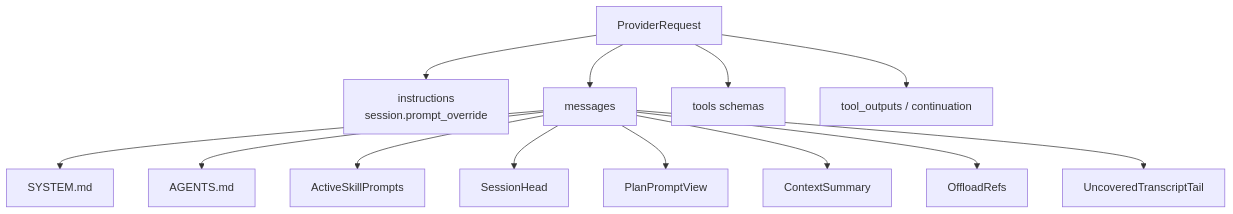
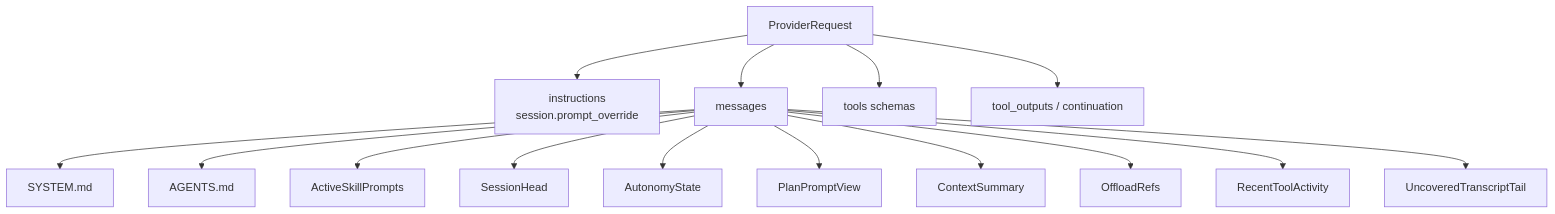
One commit to galiakhmetovc/scaling-lamp changed the second of 3 diagrams in docs/current/12-prompt-contract-decision.md. Above: the diagram before and after it, drawn with Mermaid. The commit also changed other lines of this file and 9 other files, not shown here.

````diff
--- a/docs/current/12-prompt-contract-decision.md
+++ b/docs/current/12-prompt-contract-decision.md
@@ -940,22 +1089,24 @@
 ```mermaid
 flowchart TD
     P[ProviderRequest]
     I[instructions<br/>session.prompt_override]
     M[messages]
     T[tools schemas]
     O[tool_outputs / continuation]
 
     P --> I
     P --> M
     P --> T
     P --> O
 
     M --> S[SYSTEM.md]
     M --> A[AGENTS.md]
     M --> K[ActiveSkillPrompts]
     M --> H[SessionHead]
+    M --> AU[AutonomyState]
     M --> PL[PlanPromptView]
     M --> CS[ContextSummary]
     M --> OR[OffloadRefs]
+    M --> TA[RecentToolActivity]
     M --> TT[UncoveredTranscriptTail]
 ```
````
